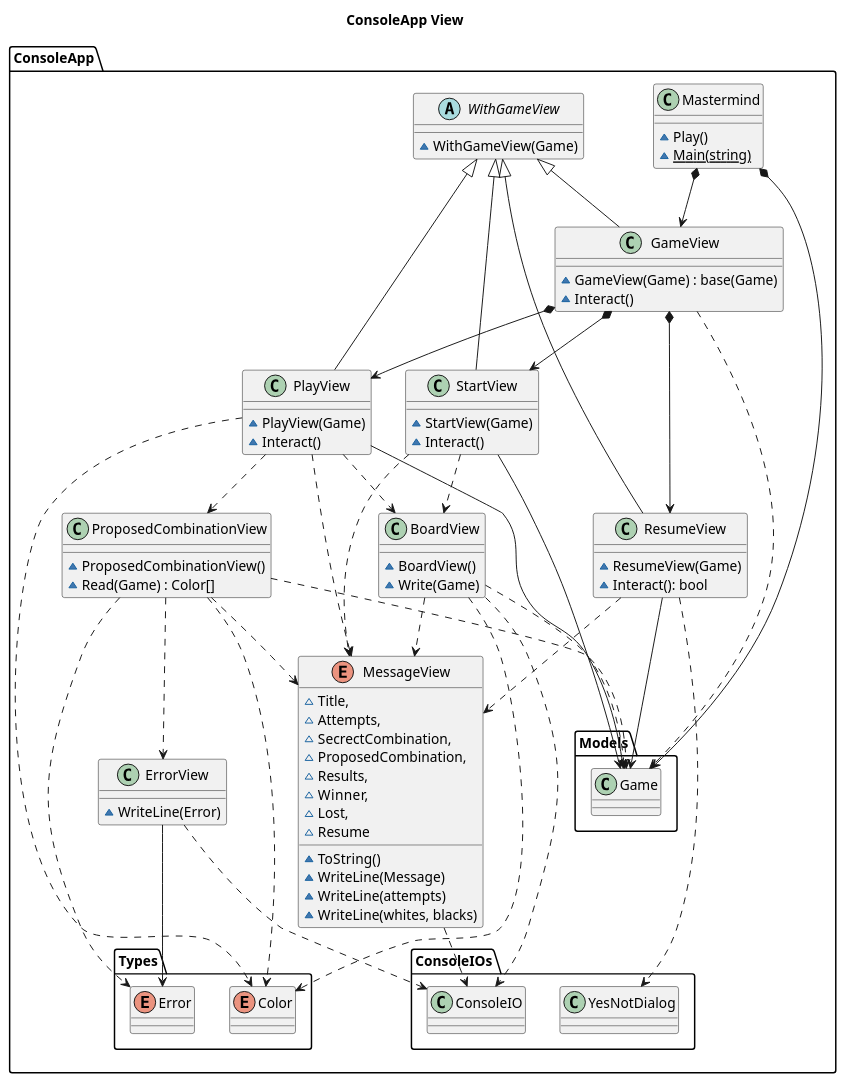
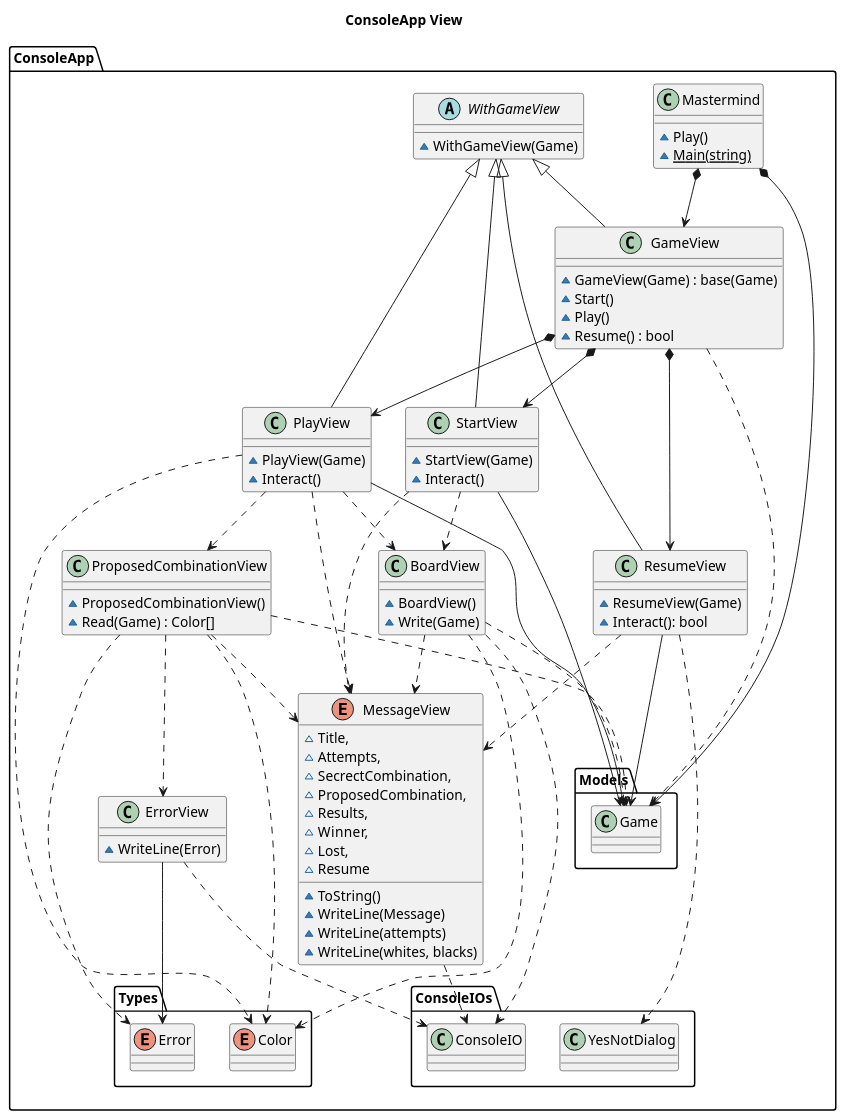
The diagram in src/Mastermind/DocumentView/Basic/Docs/ConsoleAppView.plantuml (franpaulinoinfante/MasterSoftwareDevelopment), drawn with PlantUML before and after one commit. The commit also changed 22 other files, not shown here.

```diff
--- a/src/Mastermind/DocumentView/Basic/Docs/ConsoleAppView.plantuml
+++ b/src/Mastermind/DocumentView/Basic/Docs/ConsoleAppView.plantuml
@@ -1,101 +1,103 @@
 @startuml ConsoleAppView
 title ConsoleApp View
 namespace ConsoleApp{
     class Mastermind{
         ~Play()
         ~{static} Main(string)
     }
     Mastermind *--> Models.Game
     Mastermind *--> GameView
 
     abstract WithGameView{
         ~WithGameView(Game)
     }   
     WithGameView <|-- StartView
     WithGameView <|-- PlayView
     WithGameView <|-- ResumeView
     WithGameView <|-- GameView
 
     class GameView{
         ~GameView(Game) : base(Game)
-        ~Interact()
+        ~Start()
+        ~Play()
+        ~Resume() : bool
     }
     GameView  ..> Models.Game
     GameView *--> StartView
     GameView *--> PlayView
     GameView *--> ResumeView
 
     class StartView{
         ~StartView(Game)
         ~Interact()
     }
     StartView --> Models.Game
     StartView ..> BoardView
     StartView ..> MessageView
 
     class PlayView{
         ~PlayView(Game)
         ~Interact()
     }
     PlayView --> Models.Game
     PlayView ..> ProposedCombinationView
     PlayView ..> Types.Color
     PlayView ..> BoardView
     PlayView ..> MessageView
 
     class ResumeView{
         ~ResumeView(Game)
         ~Interact(): bool
     }
     ResumeView --> Models.Game
     ResumeView ..> MessageView
     ResumeView ..> ConsoleIOs.YesNotDialog
 
     class BoardView{
         ~BoardView()
         ~Write(Game)
     }
     BoardView ..> Models.Game
     BoardView ..> Types.Color
     BoardView ..> MessageView
     BoardView ..> ConsoleIOs.ConsoleIO
 
     class ProposedCombinationView{
         ~ProposedCombinationView()
         ~Read(Game) : Color[]
     }
     ProposedCombinationView ..> Models.Game
     ProposedCombinationView ..> Types.Color
     ProposedCombinationView ..> MessageView
     ProposedCombinationView ..> ErrorView
     ProposedCombinationView ..> Types.Error
 
     enum MessageView{
         ~Title,
         ~Attempts,
         ~SecrectCombination,
         ~ProposedCombination,
         ~Results,
         ~Winner,
         ~Lost,
         ~Resume
         ~ToString()
         ~WriteLine(Message)
         ~WriteLine(attempts)
         ~WriteLine(whites, blacks)
     }
     MessageView ..> ConsoleIOs.ConsoleIO
 
     class ErrorView{
         ~WriteLine(Error)
     }
     ErrorView --> Types.Error
     ErrorView ..> ConsoleIOs.ConsoleIO
 
     enum Types.Color{
     }
 
     enum Types.Error{
     }
 }
 @enduml
```
